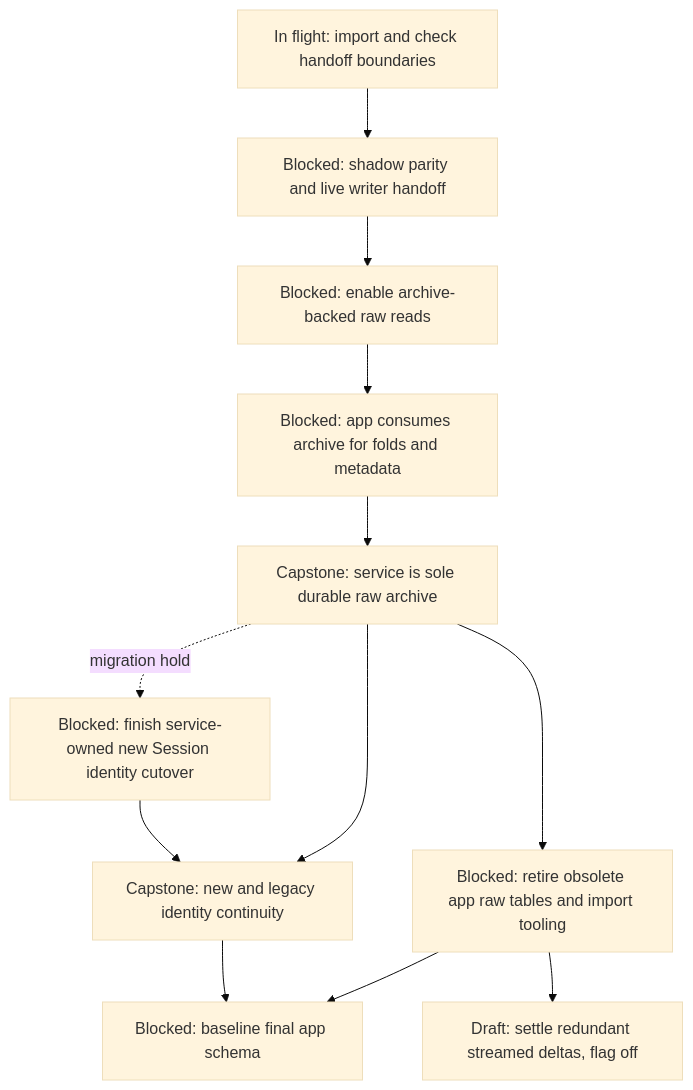
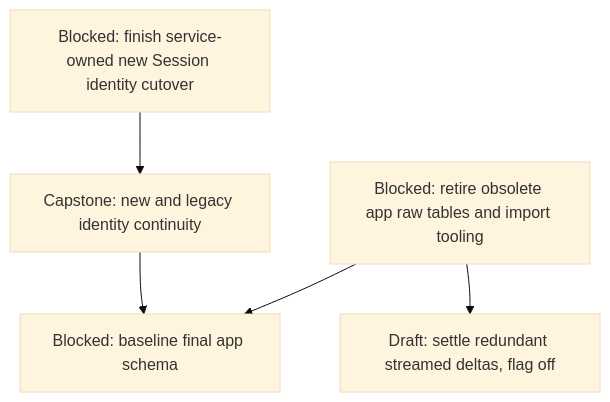
One commit to agentydragon-agent/ducktape changed the first of 7 diagrams in agentplane/plans/task_dag.md. Above: the diagram before and after it, drawn with Mermaid (base theme). The commit also changed other lines of this file and 11 other files, not shown here.

Commit message:
Retire legacy app raw history and burn down completed cutover plans

````diff
--- a/agentplane/plans/task_dag.md
+++ b/agentplane/plans/task_dag.md
@@ -59,24 +34,12 @@
 ```mermaid
 flowchart TD
-    THREAD_ARCHIVE_BACKFILL[In flight: import and check handoff boundaries]
-    THREAD_ARCHIVE_INGEST[Blocked: shadow parity and live writer handoff]
-    THREAD_ARCHIVE_READ_CUTOVER[Blocked: enable archive-backed raw reads]
-    THREAD_ARCHIVE_UI_CUTOVER[Blocked: app consumes archive for folds and metadata]
-    THREAD_ARCHIVE_OWNERSHIP[Capstone: service is sole durable raw archive]
     APP_RAW_HISTORY_RETIRE[Blocked: retire obsolete app raw tables and import tooling]
     THREAD_IDENTITY_NEW[Blocked: finish service-owned new Session identity cutover]
     THREAD_EVENT_CONTINUITY[Capstone: new and legacy identity continuity]
     APP_ALEMBIC_SQUASH[Blocked: baseline final app schema]
     SESSION_EVENT_RETENTION[Draft: settle redundant streamed deltas, flag off]
-    THREAD_ARCHIVE_BACKFILL --> THREAD_ARCHIVE_INGEST
-    THREAD_ARCHIVE_INGEST --> THREAD_ARCHIVE_READ_CUTOVER
-    THREAD_ARCHIVE_READ_CUTOVER --> THREAD_ARCHIVE_UI_CUTOVER
-    THREAD_ARCHIVE_UI_CUTOVER --> THREAD_ARCHIVE_OWNERSHIP
-    THREAD_ARCHIVE_OWNERSHIP --> APP_RAW_HISTORY_RETIRE
-    THREAD_ARCHIVE_OWNERSHIP -. migration hold .-> THREAD_IDENTITY_NEW
-    THREAD_ARCHIVE_OWNERSHIP --> THREAD_EVENT_CONTINUITY
     THREAD_IDENTITY_NEW --> THREAD_EVENT_CONTINUITY
     APP_RAW_HISTORY_RETIRE --> APP_ALEMBIC_SQUASH
     THREAD_EVENT_CONTINUITY --> APP_ALEMBIC_SQUASH
     APP_RAW_HISTORY_RETIRE --> SESSION_EVENT_RETENTION
 ```
````
